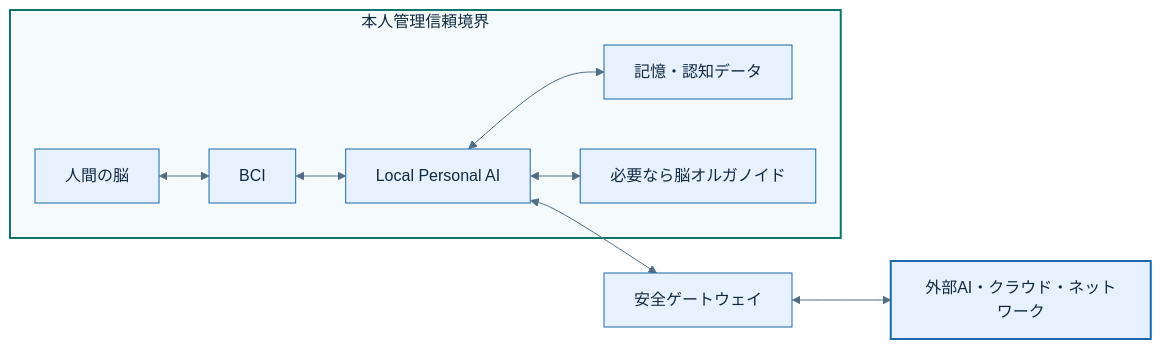
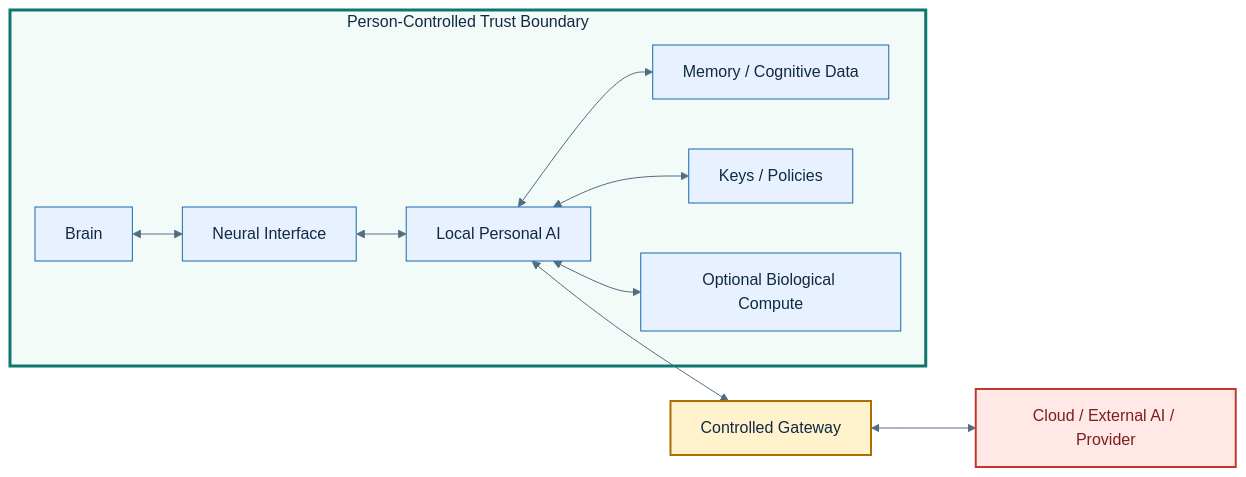
The second of 7 diagrams in README.md (kukukucode/cogauth), drawn with Mermaid before and after one commit. The commit also changed other lines of this file, not shown here.

````diff
--- a/README.md
+++ b/README.md
@@ -260,35 +195,37 @@
 ```mermaid
 %%{init: {"theme":"base","themeVariables":{
   "background":"#FFFFFF",
   "primaryColor":"#E8F1FF",
   "primaryTextColor":"#102A43",
   "primaryBorderColor":"#1769AA",
   "secondaryColor":"#DDF4EE",
   "tertiaryColor":"#FFF2CC",
   "lineColor":"#526D82",
-  "textColor":"#102A43",
-  "fontFamily":"Arial, sans-serif"
+  "textColor":"#102A43"
 }}}%%
 flowchart LR
-    subgraph PCTB[本人管理信頼境界]
-        B[人間の脳]
-        C[BCI]
-        L[Local Personal AI]
-        M[記憶・認知データ]
-        O[必要なら脳オルガノイド]
+    subgraph PCTB[Person-Controlled Trust Boundary]
+        B[Brain]
+        N[Neural Interface]
+        A[Local Personal AI]
+        M[Memory / Cognitive Data]
+        K[Keys / Policies]
+        O[Optional Biological Compute]
 
-        B <--> C
-        C <--> L
-        L <--> M
-        L <--> O
+        B <--> N
+        N <--> A
+        A <--> M
+        A <--> K
+        A <--> O
     end
 
-    G[安全ゲートウェイ]
-    X[外部AI・クラウド・ネットワーク]
+    G[Controlled Gateway]
+    X[Cloud / External AI / Provider]
 
-    L <--> G
+    A <--> G
     G <--> X
 
-    style PCTB fill:#F5FBFC,stroke:#0F766E,stroke-width:2px,color:#102A43
-    style X fill:#E8F1FF,stroke:#1769AA,stroke-width:2px,color:#102A43
+    style PCTB fill:#F3FBF9,stroke:#0F766E,stroke-width:3px,color:#102A43
+    style G fill:#FFF2CC,stroke:#A96F00,stroke-width:2px,color:#102A43
+    style X fill:#FFE8E6,stroke:#C0392B,stroke-width:2px,color:#7A1F1F
 ```
````
